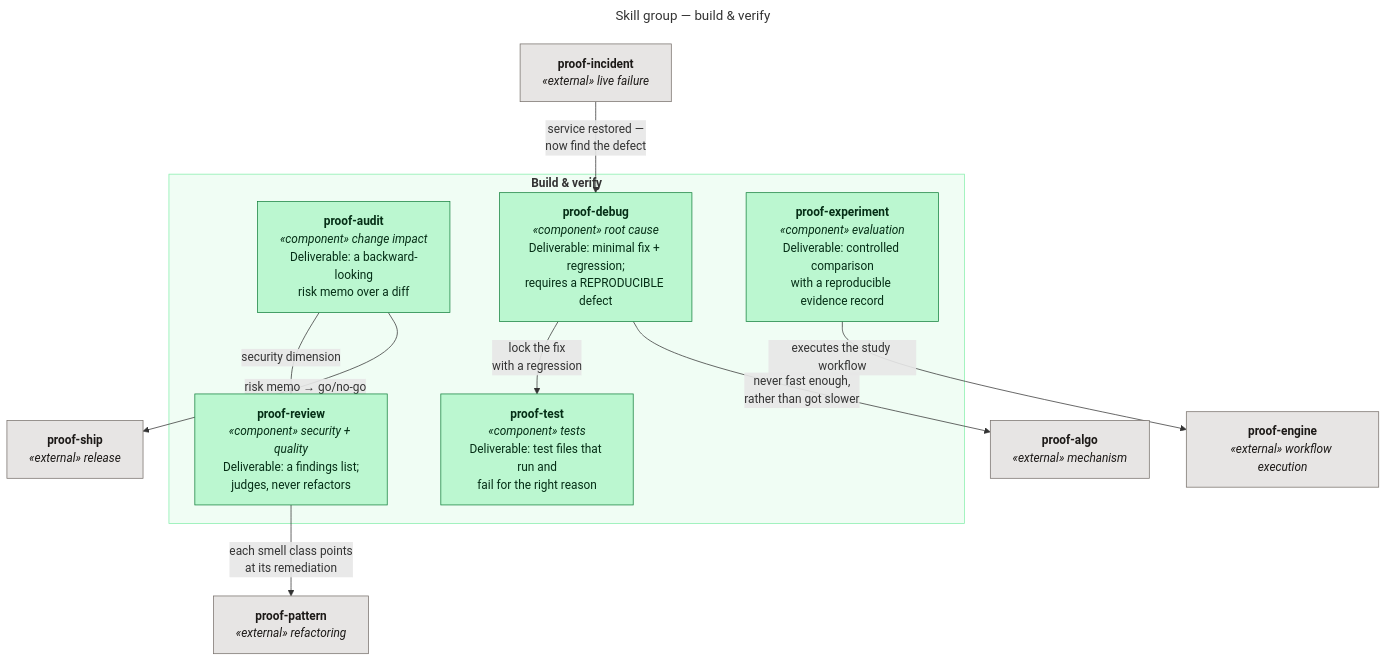
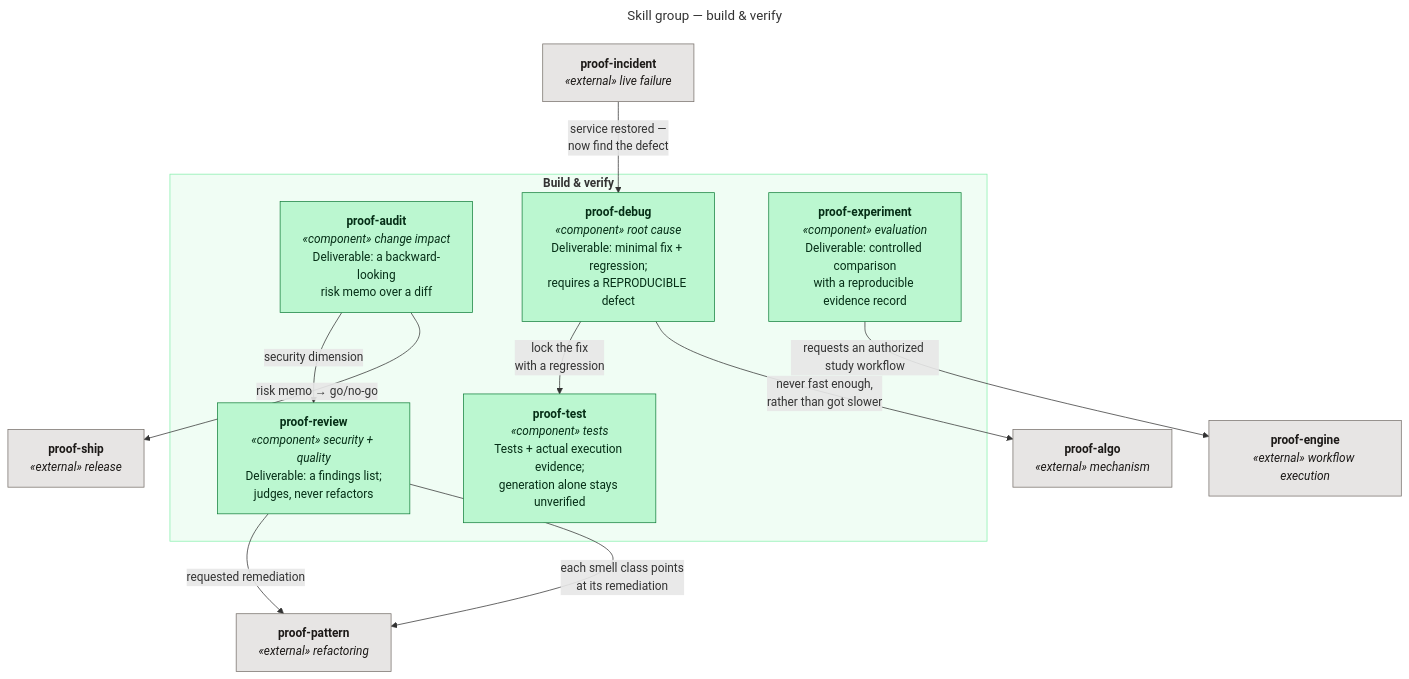
Before and after one commit to santapong/Proof: the diagram in docs/c4/diagrams/src/skills-build-verify.mmd, drawn with Mermaid. The commit also changed 58 other files, not shown here.

Commit message:
docs: refresh Proof identity and architecture artwork

```diff
--- a/docs/c4/diagrams/src/skills-build-verify.mmd
+++ b/docs/c4/diagrams/src/skills-build-verify.mmd
@@ -1,31 +1,32 @@
 ---
 title: "Skill group — build & verify"
 ---
 flowchart TB
     subgraph g["<b>Build &amp; verify</b>"]
-        test["<b>proof-test</b><br/><i>«component» tests</i><br/>Deliverable: test files that run and<br/>fail for the right reason"]
+        test["<b>proof-test</b><br/><i>«component» tests</i><br/>Tests + actual execution evidence;<br/>generation alone stays unverified"]
         rev["<b>proof-review</b><br/><i>«component» security + quality</i><br/>Deliverable: a findings list;<br/>judges, never refactors"]
         aud["<b>proof-audit</b><br/><i>«component» change impact</i><br/>Deliverable: a backward-looking<br/>risk memo over a diff"]
         dbg["<b>proof-debug</b><br/><i>«component» root cause</i><br/>Deliverable: minimal fix + regression;<br/>requires a REPRODUCIBLE defect"]
         exp["<b>proof-experiment</b><br/><i>«component» evaluation</i><br/>Deliverable: controlled comparison<br/>with a reproducible evidence record"]
     end
 
     eng["<b>proof-engine</b><br/><i>«external» workflow execution</i>"]
     pat["<b>proof-pattern</b><br/><i>«external» refactoring</i>"]
     ship["<b>proof-ship</b><br/><i>«external» release</i>"]
     inc["<b>proof-incident</b><br/><i>«external» live failure</i>"]
     algo["<b>proof-algo</b><br/><i>«external» mechanism</i>"]
 
-    exp -- "executes the study workflow" --> eng
+    exp -- "requests an authorized study workflow" --> eng
+    rev -- "requested remediation" --> pat
     aud -- "security dimension" --> rev
     aud -- "risk memo → go/no-go" --> ship
     rev -- "each smell class points<br/>at its remediation" --> pat
     inc -- "service restored —<br/>now find the defect" --> dbg
     dbg -- "lock the fix<br/>with a regression" --> test
     dbg -- "never fast enough,<br/>rather than got slower" --> algo
 
     classDef component fill:#BBF7D0,stroke:#15803D,color:#052E16
     classDef extc fill:#E7E5E4,stroke:#78716C,color:#1C1917
     class test,rev,aud,dbg,exp component
     class pat,ship,inc,algo,eng extc
     style g fill:#F0FDF4,stroke:#86EFAC
```
